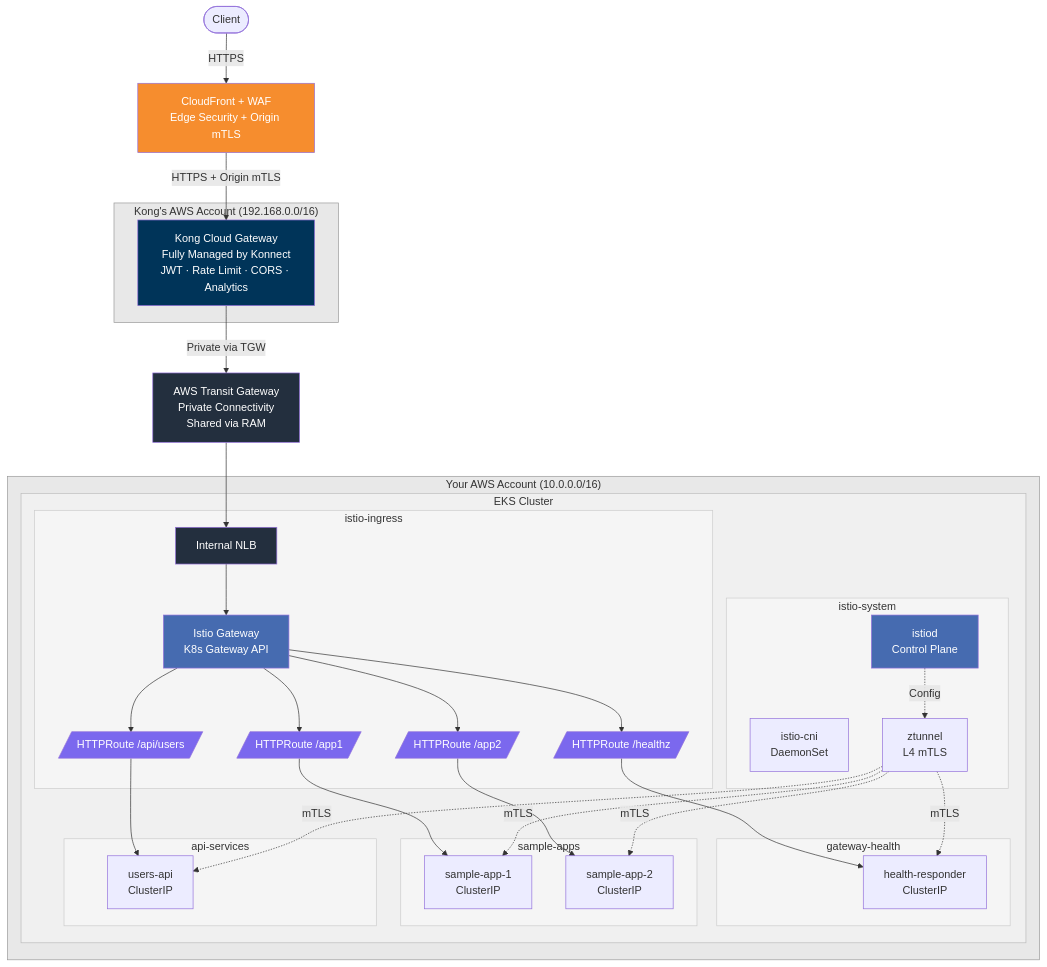
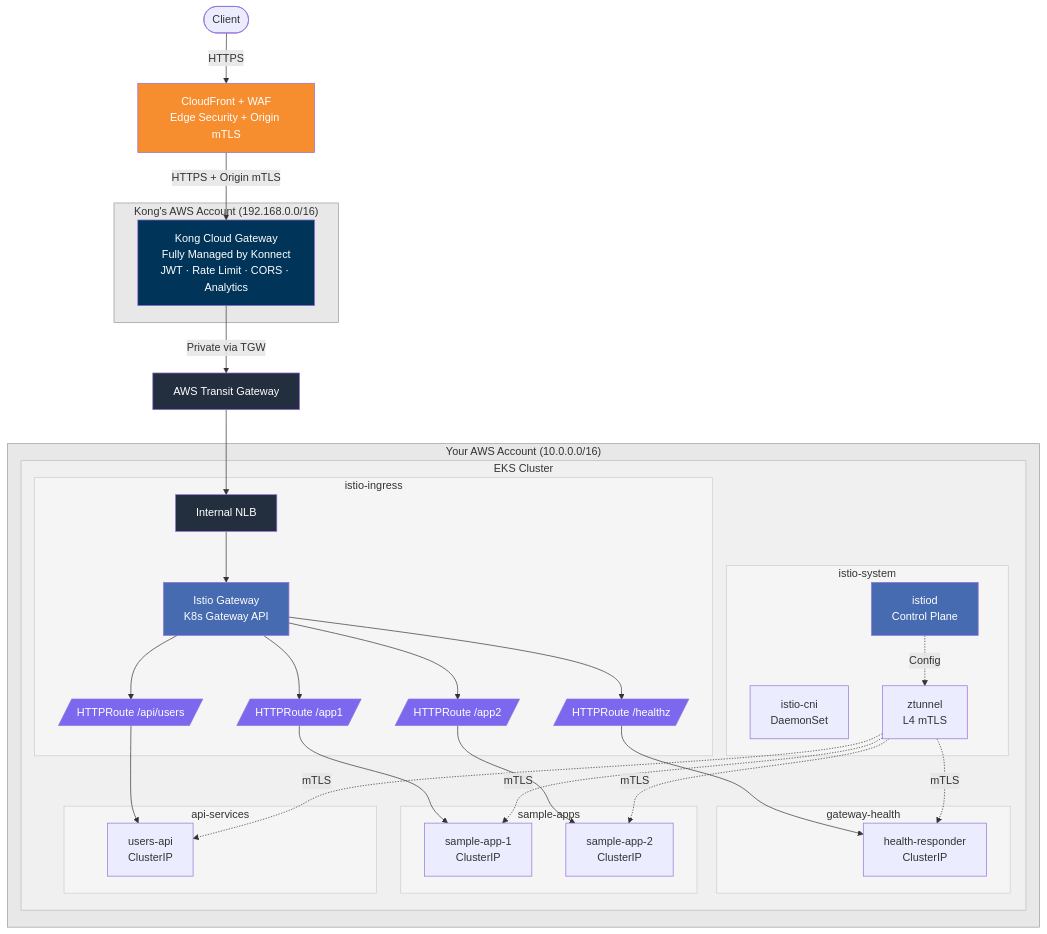
One commit to shanaka-versent/Kong-Konnect-Cloud-Gateway-on-EKS changed the first of 4 diagrams in README.md. Above: the diagram before and after it, drawn with Mermaid.

Commit message:
Simplify Transit Gateway label in architecture diagram

````diff
--- a/README.md
+++ b/README.md
@@ -11,77 +11,77 @@
 ```mermaid
 graph TB
     Client([Client])
     CF[CloudFront + WAF<br/>Edge Security + Origin mTLS]
 
     subgraph kong_acct ["Kong's AWS Account (192.168.0.0/16)"]
         Kong[Kong Cloud Gateway<br/>Fully Managed by Konnect<br/>JWT · Rate Limit · CORS · Analytics]
     end
 
-    TGW[AWS Transit Gateway<br/>Private Connectivity<br/>Shared via RAM]
+    TGW[AWS Transit Gateway]
 
     subgraph your_acct ["Your AWS Account (10.0.0.0/16)"]
         subgraph eks_cluster [EKS Cluster]
             subgraph ns_istio_sys [istio-system]
                 Istiod[istiod<br/>Control Plane]
                 CNI[istio-cni<br/>DaemonSet]
                 ZT[ztunnel<br/>L4 mTLS]
             end
             subgraph ns_istio_ing [istio-ingress]
                 NLB[Internal NLB]
                 IGW[Istio Gateway<br/>K8s Gateway API]
                 HR1[/HTTPRoute /healthz/]
                 HR2[/HTTPRoute /app1/]
                 HR3[/HTTPRoute /app2/]
                 HR4[/HTTPRoute /api/users/]
             end
             subgraph ns_gw_health [gateway-health]
                 Health[health-responder<br/>ClusterIP]
             end
             subgraph ns_sample [sample-apps]
                 App1[sample-app-1<br/>ClusterIP]
                 App2[sample-app-2<br/>ClusterIP]
             end
             subgraph ns_api [api-services]
                 API[users-api<br/>ClusterIP]
             end
         end
     end
 
     Client -->|HTTPS| CF
     CF -->|HTTPS + Origin mTLS| Kong
     Kong -->|Private via TGW| TGW
     TGW --> NLB
     NLB --> IGW
     IGW --> HR1
     IGW --> HR2
     IGW --> HR3
     IGW --> HR4
     HR1 --> Health
     HR2 --> App1
     HR3 --> App2
     HR4 --> API
     Istiod -.->|Config| ZT
     ZT -.->|mTLS| App1
     ZT -.->|mTLS| App2
     ZT -.->|mTLS| API
     ZT -.->|mTLS| Health
 
     style Kong fill:#003459,color:#fff
     style IGW fill:#466BB0,color:#fff
     style Istiod fill:#466BB0,color:#fff
     style CF fill:#F68D2E,color:#fff
     style TGW fill:#232F3E,color:#fff
     style NLB fill:#232F3E,color:#fff
     style HR1 fill:#7B68EE,color:#fff
     style HR2 fill:#7B68EE,color:#fff
     style HR3 fill:#7B68EE,color:#fff
     style HR4 fill:#7B68EE,color:#fff
     style kong_acct fill:#E8E8E8,stroke:#999,color:#333
     style your_acct fill:#E8E8E8,stroke:#999,color:#333
     style eks_cluster fill:#F0F0F0,stroke:#BBB,color:#333
     style ns_istio_sys fill:#F5F5F5,stroke:#CCC,color:#333
     style ns_istio_ing fill:#F5F5F5,stroke:#CCC,color:#333
     style ns_gw_health fill:#F5F5F5,stroke:#CCC,color:#333
     style ns_sample fill:#F5F5F5,stroke:#CCC,color:#333
     style ns_api fill:#F5F5F5,stroke:#CCC,color:#333
 ```
````
